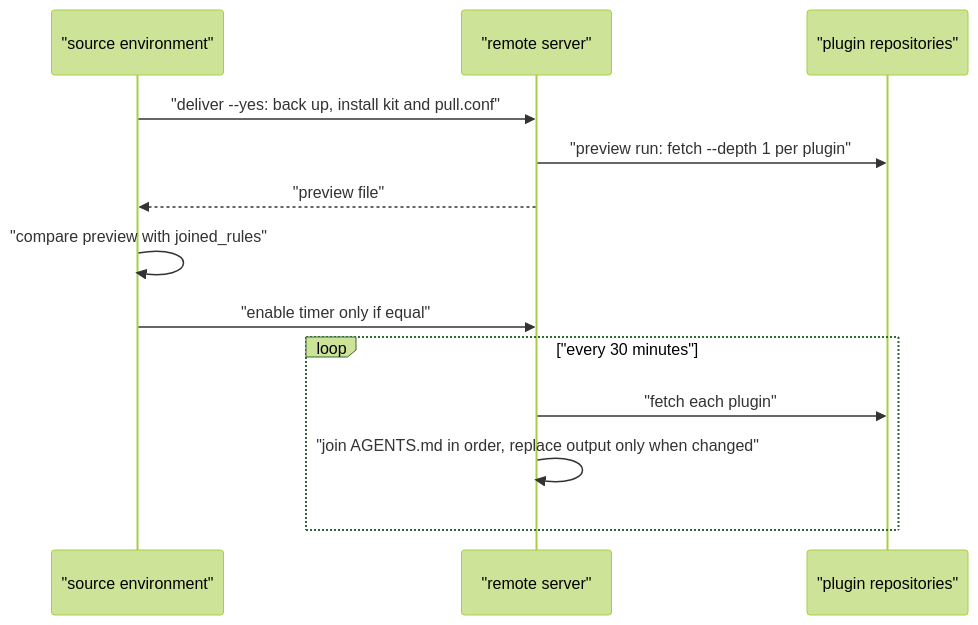
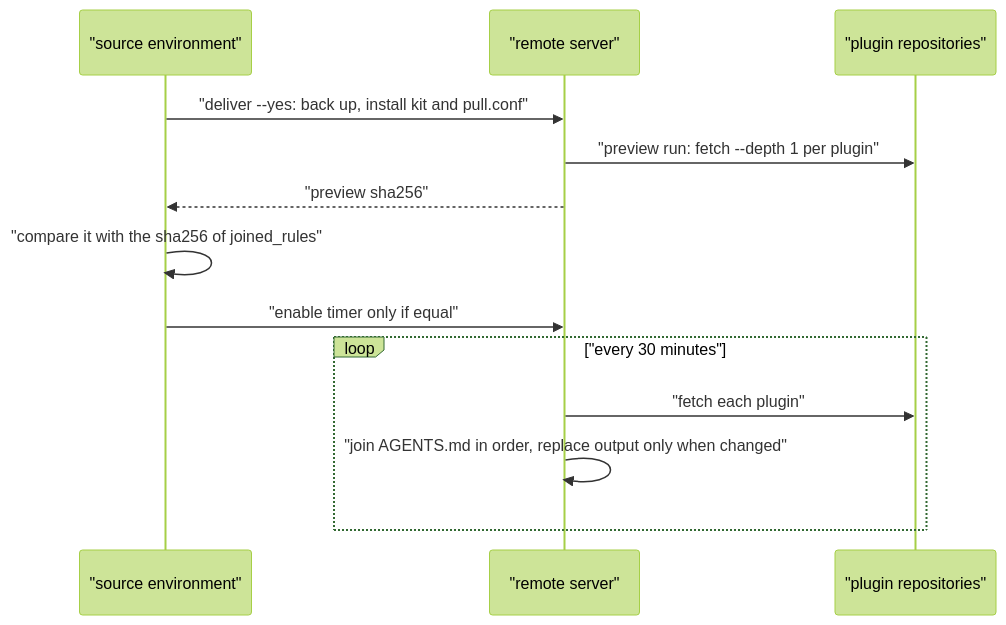
The fourth of 6 diagrams in ARCHITECTURE.md (Adonis0123/agent-env), drawn with Mermaid (forest theme) before and after one commit. The commit also changed other lines of this file and 4 other files, not shown here.

Commit message:
📝 docs: add architecture overview snapshot and align architecture notes with code

````diff
--- a/ARCHITECTURE.md
+++ b/ARCHITECTURE.md
@@ -166,15 +169,15 @@
 ```mermaid
 sequenceDiagram
   participant SRC as "source environment"
   participant HOST as "remote server"
   participant GIT as "plugin repositories"
   SRC->>HOST: "deliver --yes: back up, install kit and pull.conf"
   HOST->>GIT: "preview run: fetch --depth 1 per plugin"
-  HOST-->>SRC: "preview file"
-  SRC->>SRC: "compare preview with joined_rules"
+  HOST-->>SRC: "preview sha256"
+  SRC->>SRC: "compare it with the sha256 of joined_rules"
   SRC->>HOST: "enable timer only if equal"
   loop "every 30 minutes"
     HOST->>GIT: "fetch each plugin"
     HOST->>HOST: "join AGENTS.md in order, replace output only when changed"
   end
 ```
````
